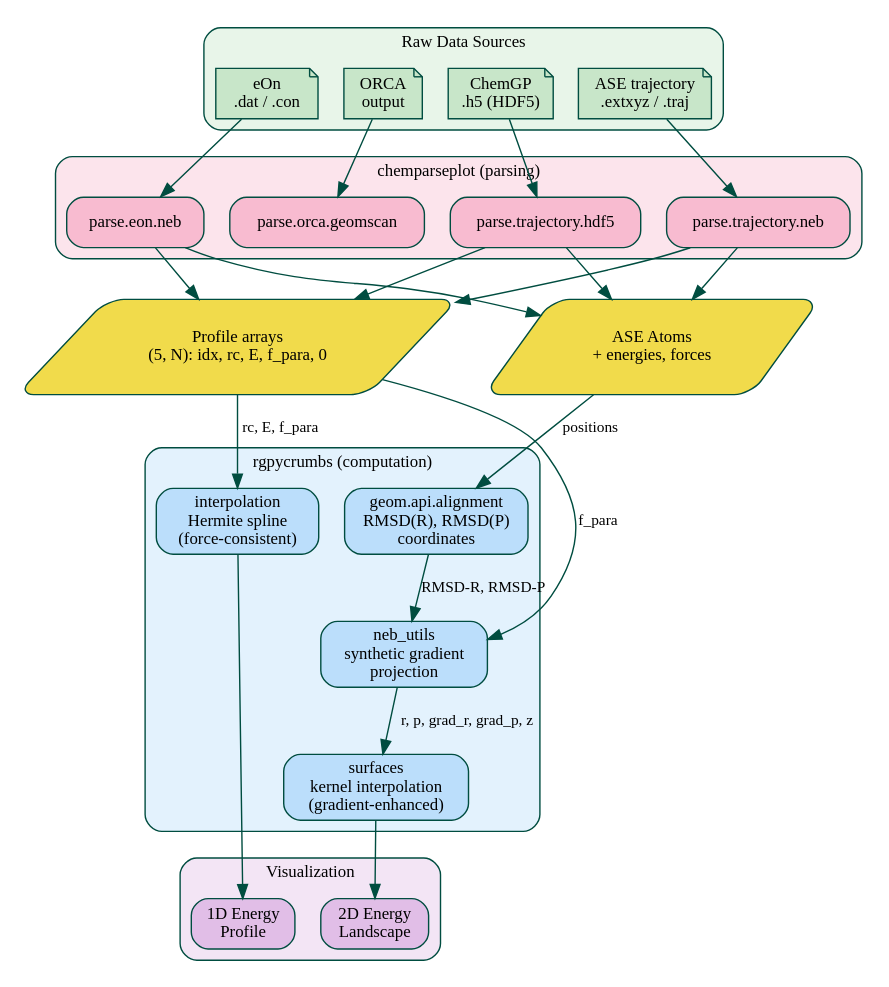
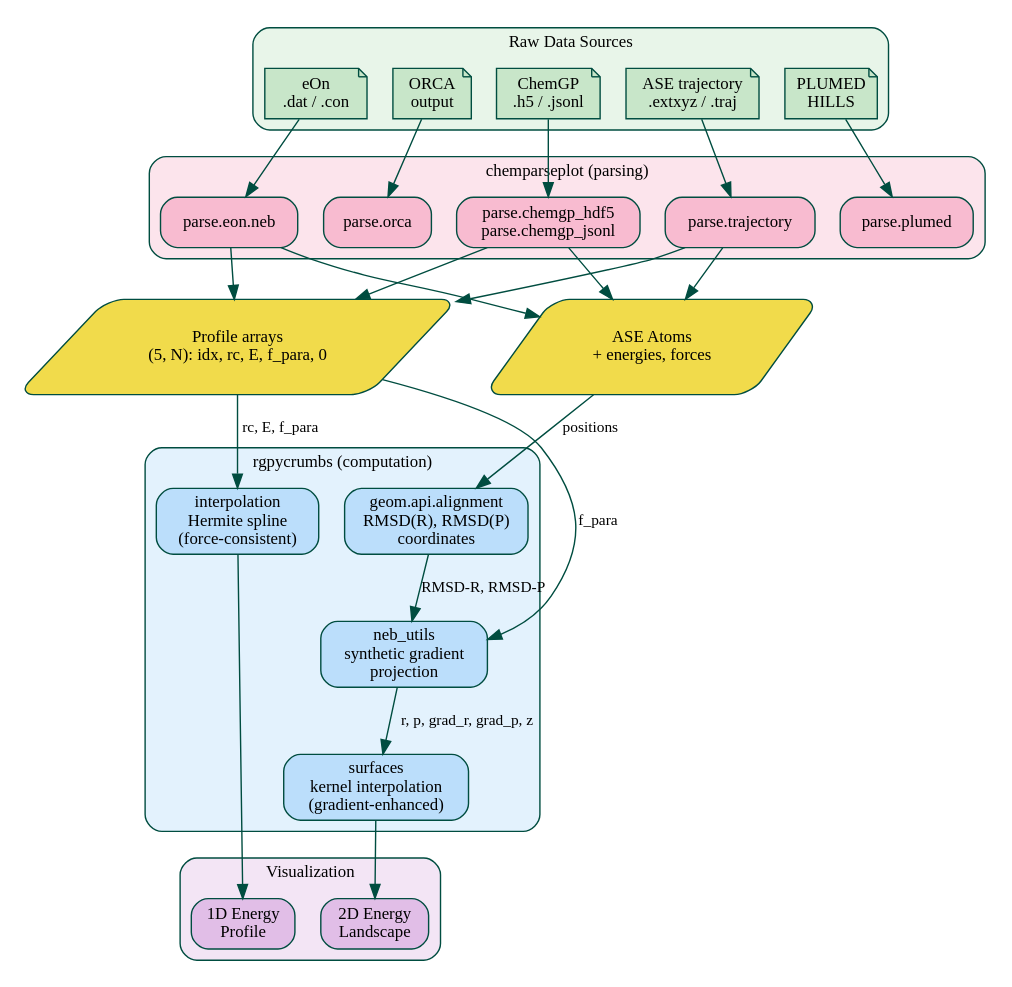
The second of 2 diagrams in paper.org (HaoZeke/rgpycrumbs), drawn with Graphviz before and after one commit. The commit also changed other lines of this file and 2 other files, not shown here.

```diff
--- a/paper.org
+++ b/paper.org
@@ -239,8 +242,9 @@
 
         eon_dat [label="eOn\n.dat / .con", fillcolor="#c8e6c9", shape=note];
         orca_out [label="ORCA\noutput", fillcolor="#c8e6c9", shape=note];
-        chemgp_h5 [label="ChemGP\n.h5 (HDF5)", fillcolor="#c8e6c9", shape=note];
+        chemgp_h5 [label="ChemGP\n.h5 / .jsonl", fillcolor="#c8e6c9", shape=note];
         traj_xyz [label="ASE trajectory\n.extxyz / .traj", fillcolor="#c8e6c9", shape=note];
+        plumed_hills [label="PLUMED\nHILLS", fillcolor="#c8e6c9", shape=note];
     }
 
     // Parsing layer
@@ -253,15 +257,17 @@
         color="#004D40";
 
         parse_eon [label="parse.eon.neb", fillcolor="#f8bbd0"];
-        parse_orca [label="parse.orca.geomscan", fillcolor="#f8bbd0"];
-        parse_hdf5 [label="parse.trajectory.hdf5", fillcolor="#f8bbd0"];
-        parse_traj [label="parse.trajectory.neb", fillcolor="#f8bbd0"];
+        parse_orca [label="parse.orca", fillcolor="#f8bbd0"];
+        parse_hdf5 [label="parse.chemgp_hdf5\nparse.chemgp_jsonl", fillcolor="#f8bbd0"];
+        parse_traj [label="parse.trajectory", fillcolor="#f8bbd0"];
+        parse_plumed [label="parse.plumed", fillcolor="#f8bbd0"];
     }
 
     eon_dat -> parse_eon;
     orca_out -> parse_orca;
     chemgp_h5 -> parse_hdf5;
     traj_xyz -> parse_traj;
+    plumed_hills -> parse_plumed;
 
     // Intermediate data
     atoms [label="ASE Atoms\n+ energies, forces", shape=parallelogram, fillcolor="#F1DB4B"];
```
